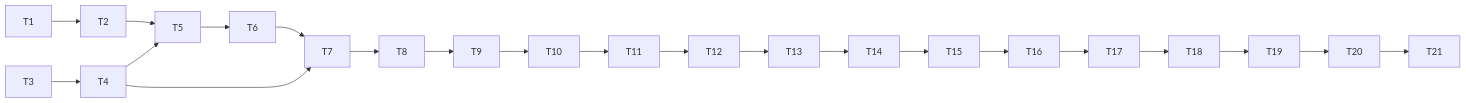
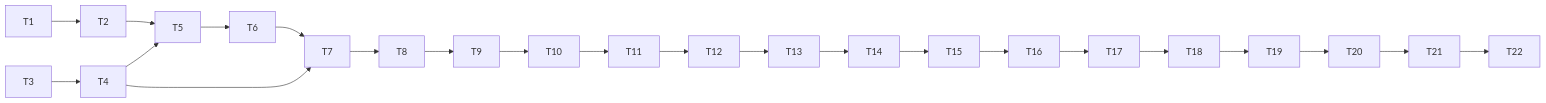
Before and after one commit to OUTLElijiadong/llm-agent-code-review: the diagram in docs/沙箱黑盒入口与上下文复用20261008/TASK_沙箱黑盒入口与上下文复用.md, drawn with Mermaid. The commit also changed other lines of this file and 21 other files, not shown here.

````diff
--- a/docs/沙箱黑盒入口与上下文复用20261008/TASK_沙箱黑盒入口与上下文复用.md
+++ b/docs/沙箱黑盒入口与上下文复用20261008/TASK_沙箱黑盒入口与上下文复用.md
@@ -30,24 +31,25 @@
 ```mermaid
 flowchart LR
   T1 --> T2
   T3 --> T4
   T2 --> T5
   T4 --> T5
   T5 --> T6
   T4 --> T7
   T6 --> T7
   T7 --> T8
   T8 --> T9
   T9 --> T10
   T10 --> T11
   T11 --> T12
   T12 --> T13
   T13 --> T14
   T14 --> T15
   T15 --> T16
   T16 --> T17
   T17 --> T18
   T18 --> T19
   T19 --> T20
   T20 --> T21
+  T21 --> T22
 ```
````
